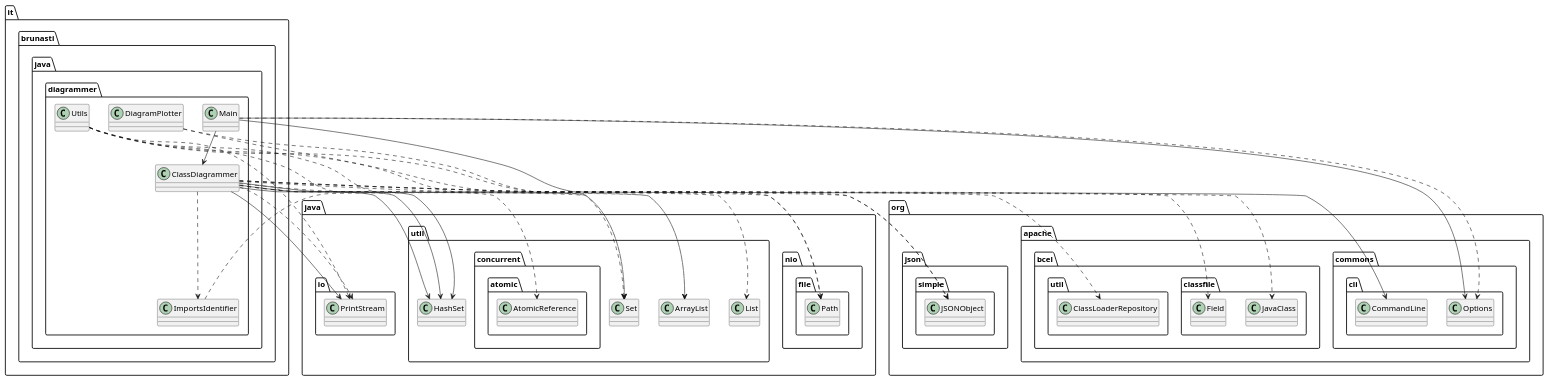
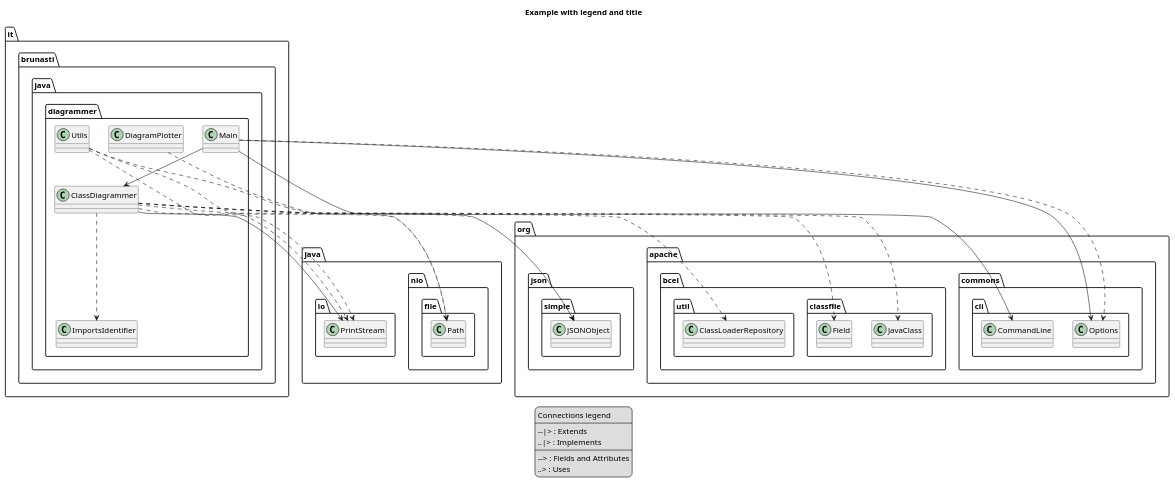
One commit to brunasti/java-diagrammer changed the diagram in docs/output.puml. Above: the diagram before and after it, drawn with PlantUML. The commit also changed 9 other files, not shown here.

```diff
--- a/docs/output.puml
+++ b/docs/output.puml
@@ -1,56 +1,57 @@
 @startuml
 'https://plantuml.com/class-diagram
 
 ' GENERATE CLASS DIAGRAM ===========
 ' Generator       : it.brunasti.java.diagrammer.ClassDiagrammer
 ' Path            : [./target/classes]
-' Configuration   : []
-' Generated at    : Tue Apr 02 11:03:18 CEST 2024
+' Configuration   : [./docs/config-withLegend.json]
+' Generated at    : Tue Apr 02 11:37:54 CEST 2024
+title Example with legend and title
+
+legend
+Connections legend
+----
+--|> : Extends
+..|> : Implements
+----
+--> : Fields and Attributes
+..> : Uses
+end legend
 
 
 
 ' CLASSES =======
 class it.brunasti.java.diagrammer.ClassDiagrammer
 class it.brunasti.java.diagrammer.Utils
 class it.brunasti.java.diagrammer.Main
 class it.brunasti.java.diagrammer.ImportsIdentifier
 class it.brunasti.java.diagrammer.DiagramPlotter
 
 ' INHERITANCES =======
 
 ' IMPLEMENT INTERFACE =======
 
 ' FIELDS =======
 it.brunasti.java.diagrammer.ClassDiagrammer --> java.io.PrintStream
-it.brunasti.java.diagrammer.ClassDiagrammer --> java.util.HashSet
-it.brunasti.java.diagrammer.ClassDiagrammer --> java.util.HashSet
-it.brunasti.java.diagrammer.ClassDiagrammer --> java.util.HashSet
 it.brunasti.java.diagrammer.Main --> org.apache.commons.cli.CommandLine
 it.brunasti.java.diagrammer.Main --> it.brunasti.java.diagrammer.ClassDiagrammer
 it.brunasti.java.diagrammer.Main --> org.apache.commons.cli.Options
 
 ' USES =======
 it.brunasti.java.diagrammer.ClassDiagrammer ..> java.io.PrintStream
-it.brunasti.java.diagrammer.ClassDiagrammer ..> java.util.Set
 it.brunasti.java.diagrammer.ClassDiagrammer ..> org.json.simple.JSONObject
 it.brunasti.java.diagrammer.ClassDiagrammer ..> org.apache.bcel.classfile.JavaClass
 it.brunasti.java.diagrammer.ClassDiagrammer ..> org.apache.bcel.classfile.Field
-it.brunasti.java.diagrammer.ClassDiagrammer ..> java.util.ArrayList
 it.brunasti.java.diagrammer.ClassDiagrammer ..> org.apache.bcel.util.ClassLoaderRepository
 it.brunasti.java.diagrammer.ClassDiagrammer ..> it.brunasti.java.diagrammer.ImportsIdentifier
-it.brunasti.java.diagrammer.ClassDiagrammer ..> java.util.concurrent.atomic.AtomicReference
 it.brunasti.java.diagrammer.Utils ..> java.io.PrintStream
-it.brunasti.java.diagrammer.Utils ..> java.util.ArrayList
-it.brunasti.java.diagrammer.Utils ..> java.util.Set
 it.brunasti.java.diagrammer.Utils ..> org.json.simple.JSONObject
 it.brunasti.java.diagrammer.Utils ..> java.nio.file.Path
 it.brunasti.java.diagrammer.Main ..> org.apache.commons.cli.Options
-it.brunasti.java.diagrammer.ImportsIdentifier ..> java.util.Set
-it.brunasti.java.diagrammer.DiagramPlotter ..> java.util.List
 it.brunasti.java.diagrammer.DiagramPlotter ..> java.nio.file.Path
 
 ' IMPORTS =======
 ' Java Files Path : 
 
 
 @enduml
```
